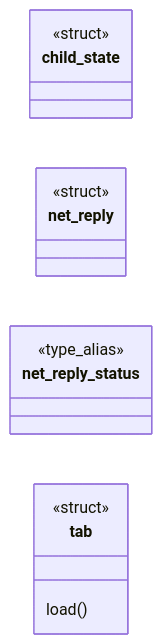
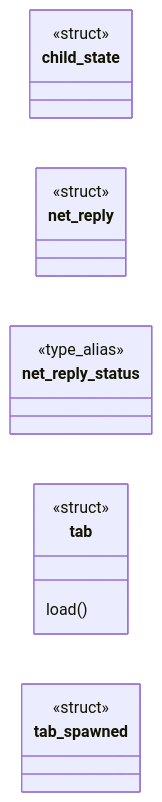
Before and after one commit to grisuno/FreeDom: the first of 2 diagrams in readmenator-apidocs/modules/src.tab.c.md, drawn with Mermaid. The commit also changed other lines of this file and 164 other files, not shown here.

````diff
--- a/readmenator-apidocs/modules/src.tab.c.md
+++ b/readmenator-apidocs/modules/src.tab.c.md
@@ -13,13 +13,15 @@
 ```mermaid
 classDiagram
     direction LR
     class child_state
     <<struct>> child_state
     class net_reply
     <<struct>> net_reply
     class net_reply_status
     <<type_alias>> net_reply_status
     class tab
     <<struct>> tab
     tab : load()
+    class tab_spawned
+    <<struct>> tab_spawned
 ```
````
